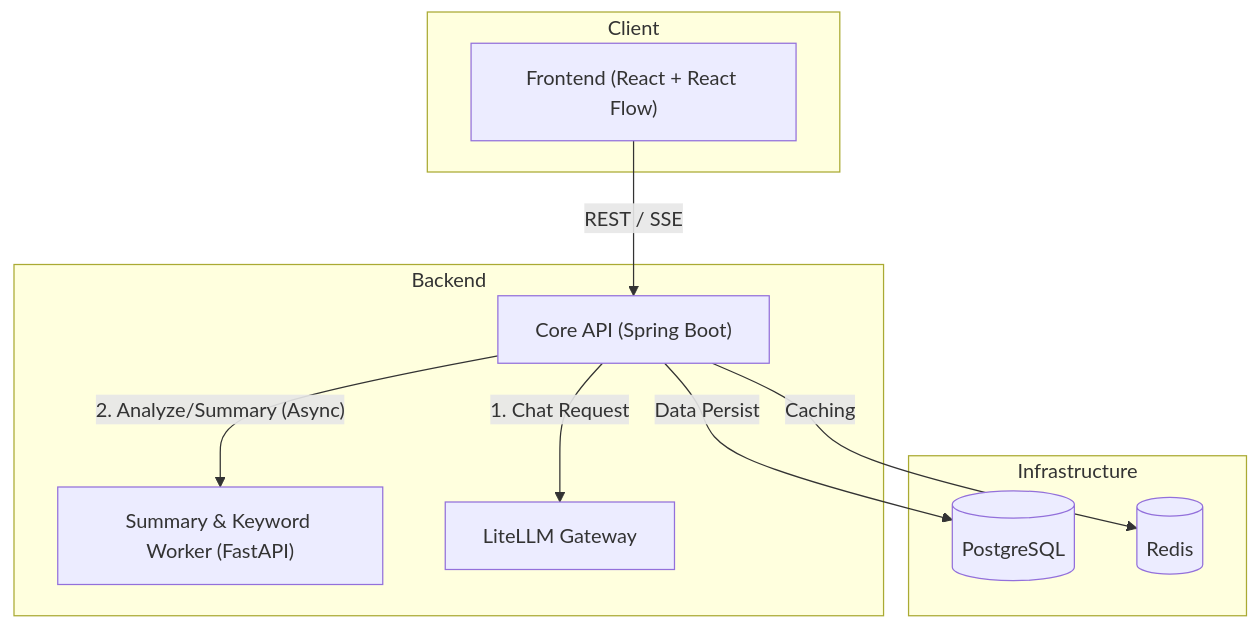
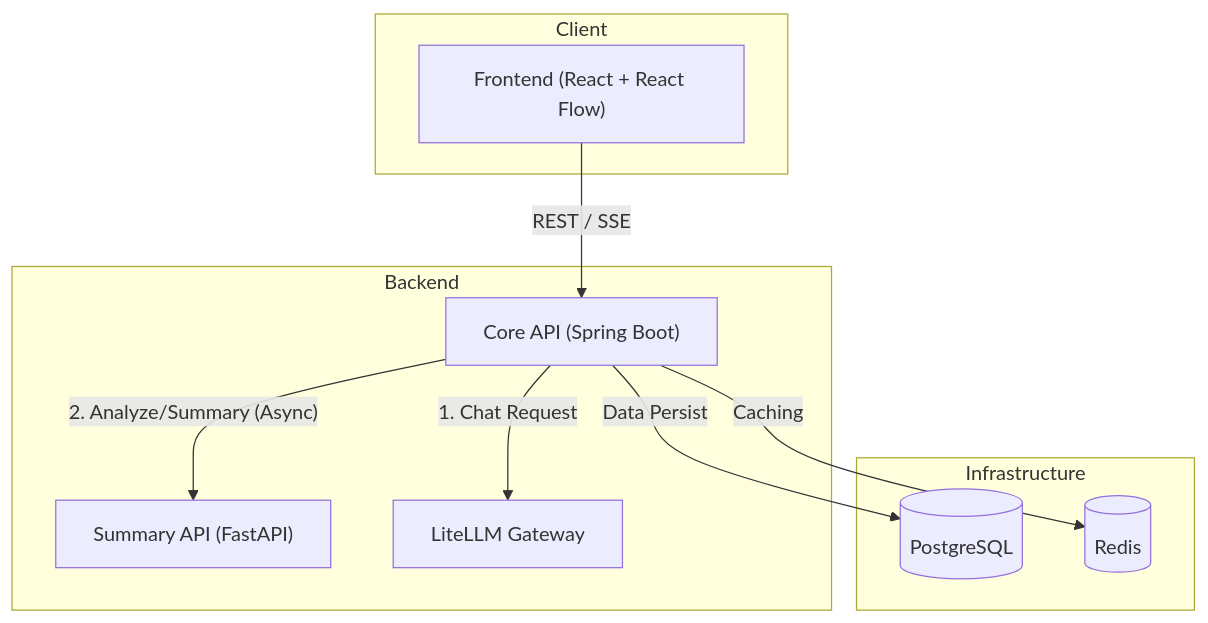
One commit to TTIBU-TTIBU-CHAT/TTIBU-TTIBU-CHAT changed the diagram in README.md. Above: the diagram before and after it, drawn with Mermaid. The commit also changed other lines of this file, not shown here.

````diff
--- a/README.md
+++ b/README.md
@@ -83,23 +99,23 @@
 ```mermaid
 graph TD
     subgraph Client
         A["Frontend (React + React Flow)"]
     end
 
     subgraph Backend
         B["Core API (Spring Boot)"]
-        C["Summary & Keyword Worker (FastAPI)"]
+        C["Summary API (FastAPI)"]
         D["LiteLLM Gateway"]
     end
 
     subgraph Infrastructure
         DB[("PostgreSQL")]
         Cache[("Redis")]
     end
 
     A -- REST / SSE --> B
     B -- 1. Chat Request --> D
     B -- 2. Analyze/Summary (Async) --> C
     B -- Data Persist --> DB
     B -- Caching --> Cache
 ```
````
